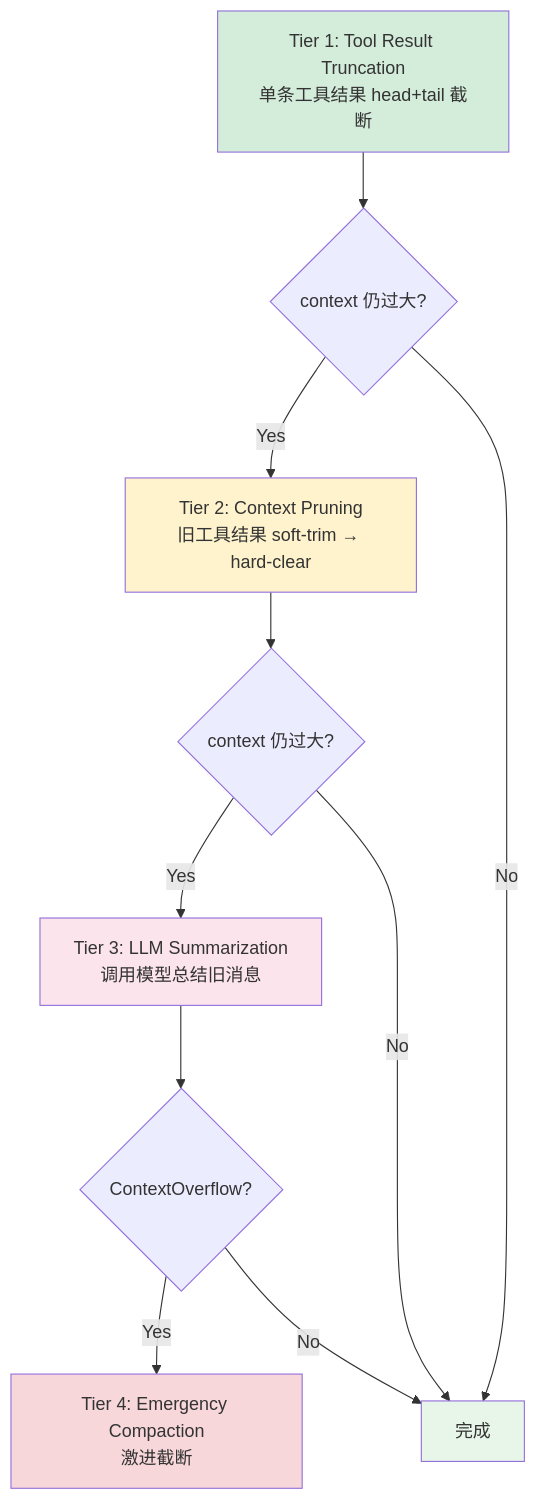
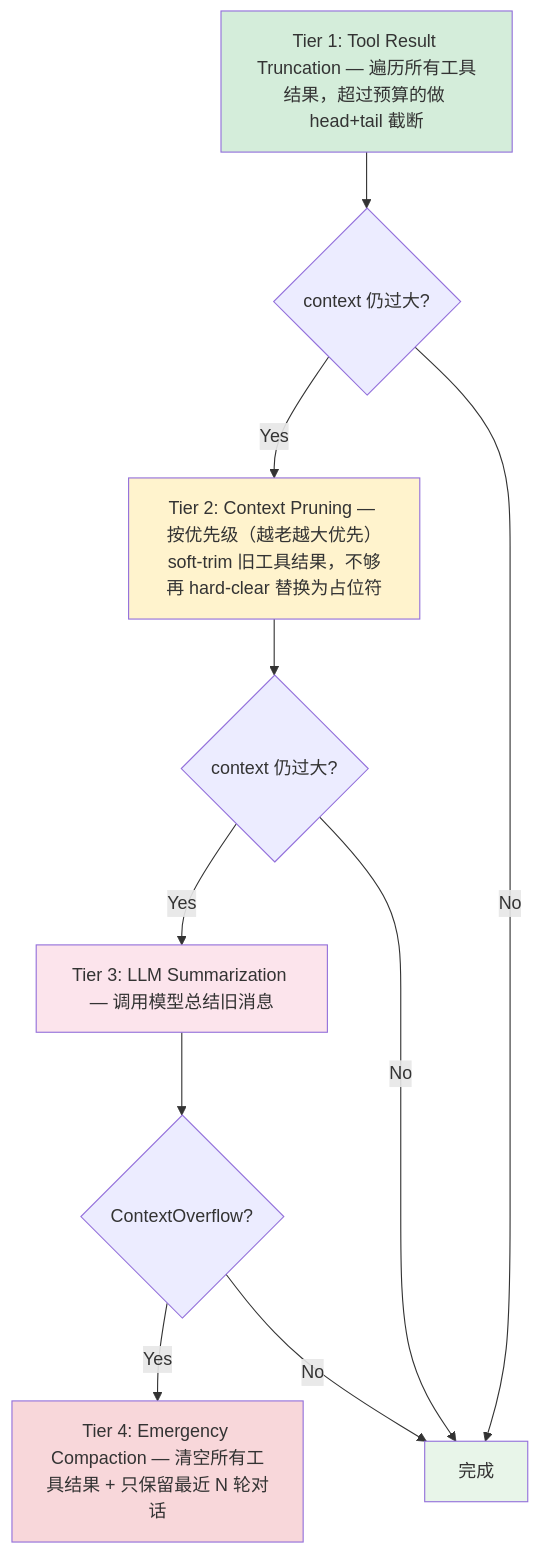
The fourth of 4 diagrams in docs/architecture/prompt-system.md (shiwenwen/hope-agent), drawn with Mermaid before and after one commit. The commit also changed other lines of this file and 16 other files, not shown here.

````diff
--- a/docs/architecture/prompt-system.md
+++ b/docs/architecture/prompt-system.md
@@ -400,18 +331,18 @@
 ```mermaid
 flowchart TD
-    T1["Tier 1: Tool Result Truncation\n单条工具结果 head+tail 截断"] --> C1{"context 仍过大?"}
-    C1 -- Yes --> T2["Tier 2: Context Pruning\n旧工具结果 soft-trim → hard-clear"]
+    T1["Tier 1: Tool Result Truncation — 遍历所有工具结果，超过预算的做 head+tail 截断"] --> C1{"context 仍过大?"}
+    C1 -- Yes --> T2["Tier 2: Context Pruning — 按优先级（越老越大优先）soft-trim 旧工具结果，不够再 hard-clear 替换为占位符"]
     C1 -- No --> Done["完成"]
     T2 --> C2{"context 仍过大?"}
-    C2 -- Yes --> T3["Tier 3: LLM Summarization\n调用模型总结旧消息"]
+    C2 -- Yes --> T3["Tier 3: LLM Summarization — 调用模型总结旧消息"]
     C2 -- No --> Done
     T3 --> C3{"ContextOverflow?"}
-    C3 -- Yes --> T4["Tier 4: Emergency Compaction\n激进截断"]
+    C3 -- Yes --> T4["Tier 4: Emergency Compaction — 清空所有工具结果 + 只保留最近 N 轮对话"]
     C3 -- No --> Done
 
     style T1 fill:#d4edda
     style T2 fill:#fff3cd
     style T3 fill:#fce4ec
     style T4 fill:#f8d7da
     style Done fill:#e8f5e9
 ```
````
